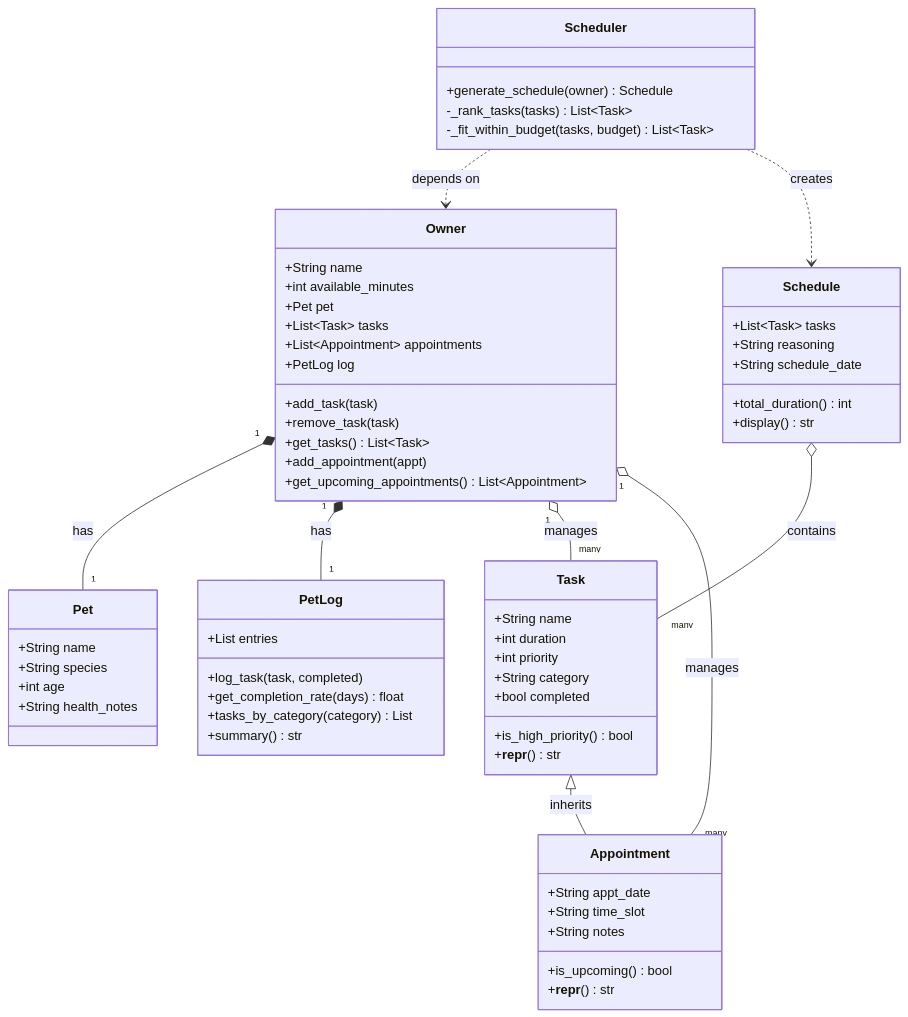
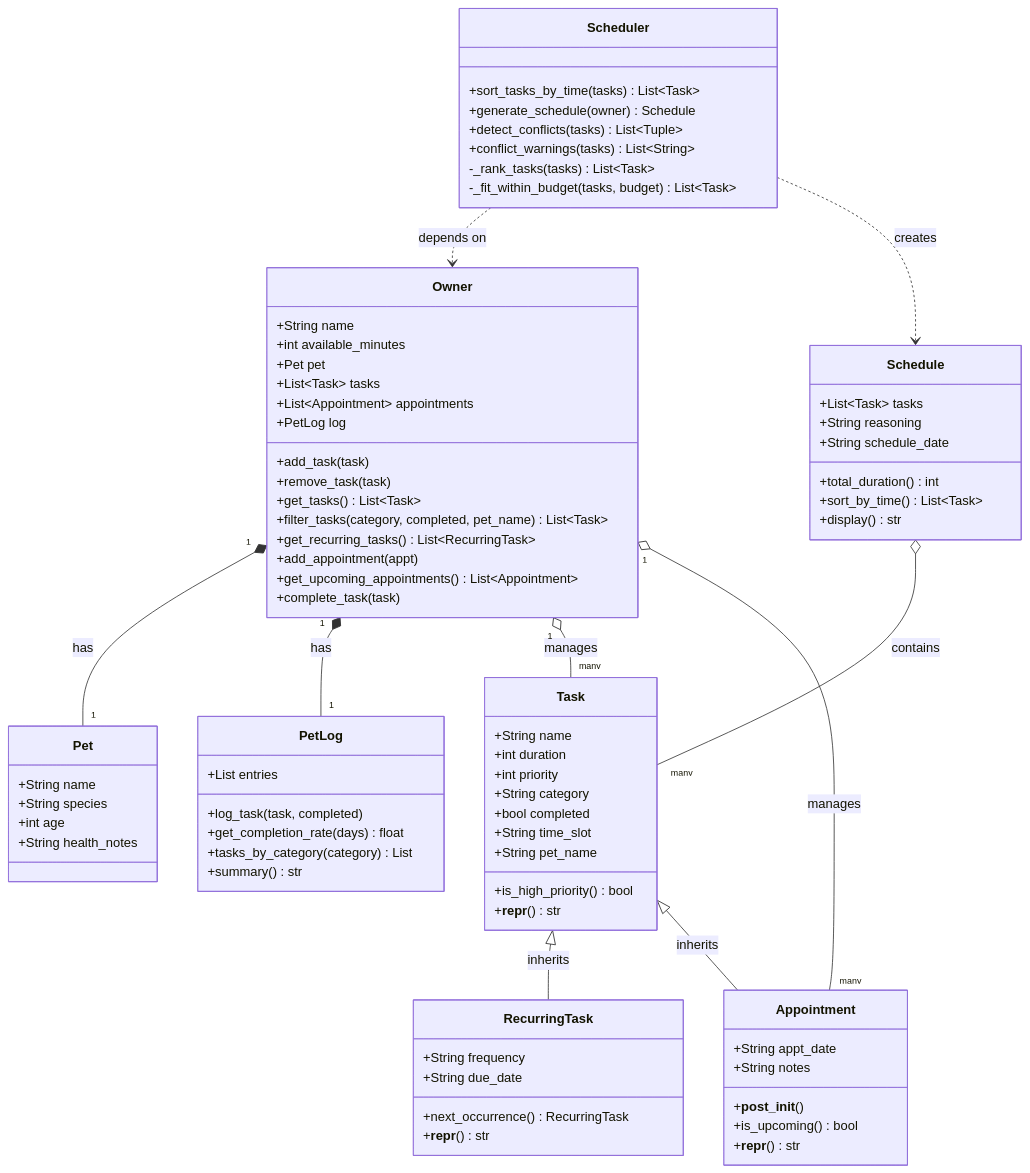
Before and after one commit to Pritigrg/ai110-module2show-pawpal-starter: the diagram in diagram.md, drawn with Mermaid. The commit also changed 5 other files, not shown here.

```diff
--- a/diagram.md
+++ b/diagram.md
@@ -15,14 +15,23 @@
         +int priority
         +String category
         +bool completed
+        +String time_slot
+        +String pet_name
         +is_high_priority() bool
+        +__repr__() str
+    }
+
+    class RecurringTask {
+        +String frequency
+        +String due_date
+        +next_occurrence() RecurringTask
         +__repr__() str
     }
 
     class Appointment {
         +String appt_date
-        +String time_slot
         +String notes
+        +__post_init__()
         +is_upcoming() bool
         +__repr__() str
     }
@@ -45,8 +54,11 @@
         +add_task(task)
         +remove_task(task)
         +get_tasks() List~Task~
+        +filter_tasks(category, completed, pet_name) List~Task~
+        +get_recurring_tasks() List~RecurringTask~
         +add_appointment(appt)
         +get_upcoming_appointments() List~Appointment~
+        +complete_task(task)
     }
 
     class Schedule {
@@ -54,15 +66,20 @@
         +String reasoning
         +String schedule_date
         +total_duration() int
+        +sort_by_time() List~Task~
         +display() str
     }
 
     class Scheduler {
+        +sort_tasks_by_time(tasks) List~Task~
         +generate_schedule(owner) Schedule
+        +detect_conflicts(tasks) List~Tuple~
+        +conflict_warnings(tasks) List~String~
         -_rank_tasks(tasks) List~Task~
         -_fit_within_budget(tasks, budget) List~Task~
     }
 
+    Task <|-- RecurringTask : inherits
     Task <|-- Appointment : inherits
     Owner "1" *-- "1" Pet : has
     Owner "1" *-- "1" PetLog : has
```
